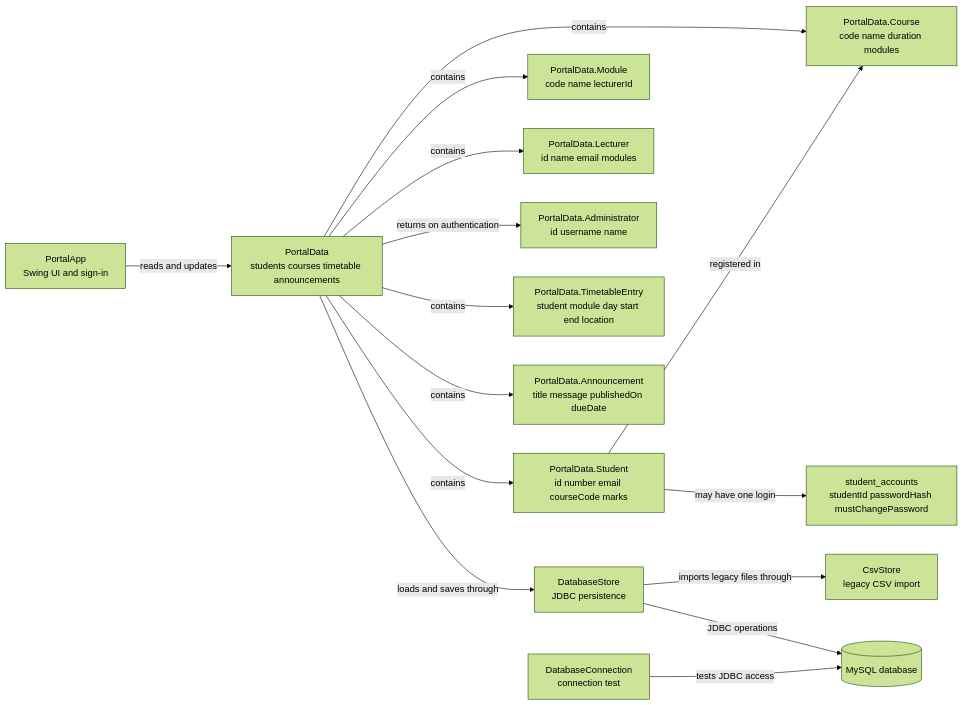
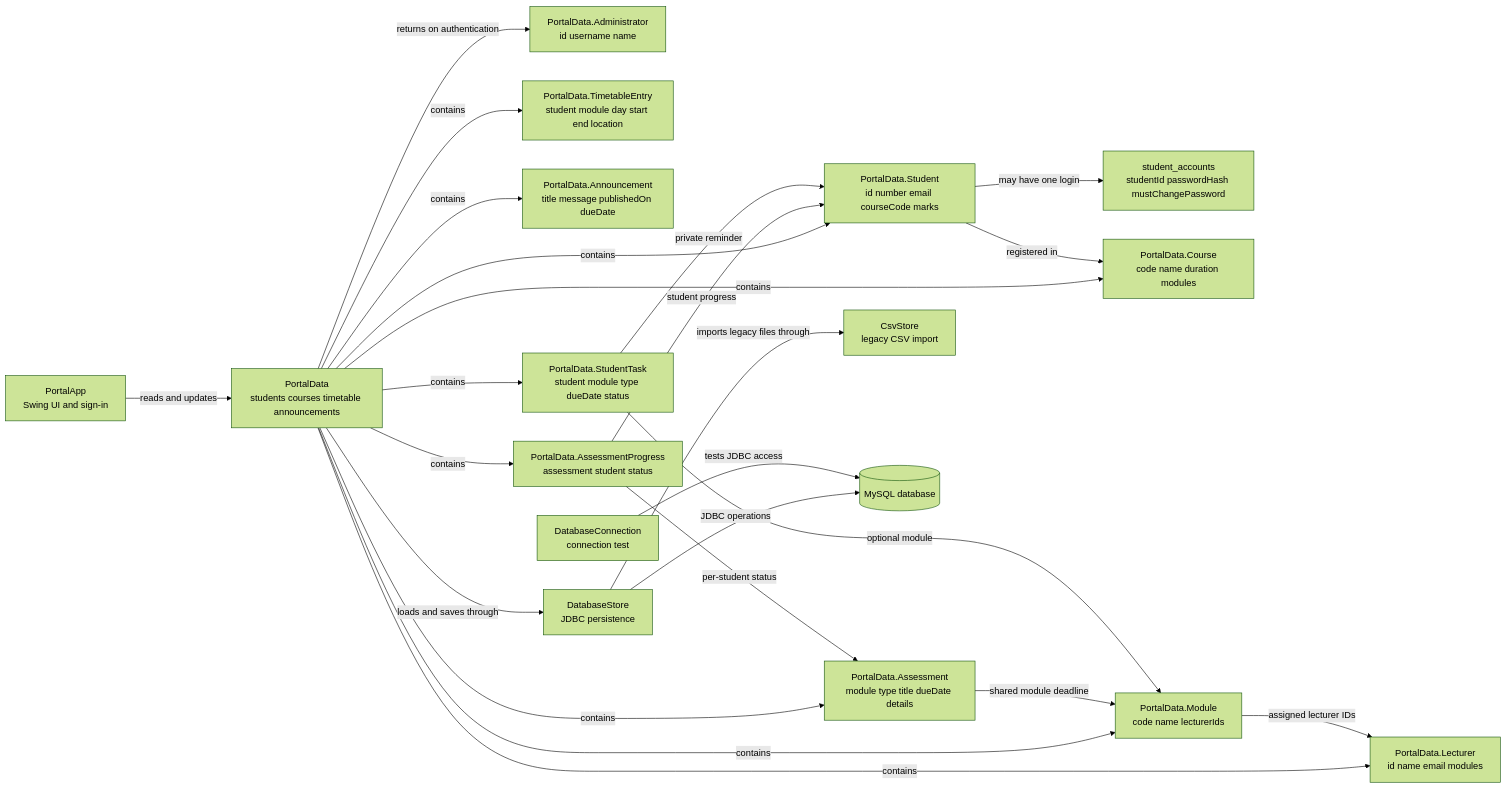
Before and after one commit to PrincesNomtee/student-portal: the second of 2 diagrams in docs/PROJECT_DOCUMENTATION.md, drawn with Mermaid (forest theme). The commit also changed other lines of this file and 5 other files, not shown here.

````diff
--- a/docs/PROJECT_DOCUMENTATION.md
+++ b/docs/PROJECT_DOCUMENTATION.md
@@ -207,32 +243,44 @@
 ```mermaid
 flowchart LR
     PortalApp["PortalApp<br/>Swing UI and sign-in"]
     PortalData["PortalData<br/>students courses timetable announcements"]
     Student["PortalData.Student<br/>id number email courseCode marks"]
     StudentAccount["student_accounts<br/>studentId passwordHash mustChangePassword"]
     Course["PortalData.Course<br/>code name duration modules"]
-    Module["PortalData.Module<br/>code name lecturerId"]
+    Module["PortalData.Module<br/>code name lecturerIds"]
     Lecturer["PortalData.Lecturer<br/>id name email modules"]
     Administrator["PortalData.Administrator<br/>id username name"]
     TimetableEntry["PortalData.TimetableEntry<br/>student module day start end location"]
     Announcement["PortalData.Announcement<br/>title message publishedOn dueDate"]
+    Assessment["PortalData.Assessment<br/>module type title dueDate details"]
+    AssessmentProgress["PortalData.AssessmentProgress<br/>assessment student status"]
+    StudentTask["PortalData.StudentTask<br/>student module type dueDate status"]
     DatabaseStore["DatabaseStore<br/>JDBC persistence"]
     CsvStore["CsvStore<br/>legacy CSV import"]
     DatabaseConnection["DatabaseConnection<br/>connection test"]
     MySQL[("MySQL database")]
 
     PortalApp -->|"reads and updates"| PortalData
     PortalData -->|"contains"| Student
     PortalData -->|"contains"| Course
     PortalData -->|"contains"| Module
     PortalData -->|"contains"| Lecturer
     PortalData -->|"contains"| TimetableEntry
     PortalData -->|"contains"| Announcement
+    PortalData -->|"contains"| Assessment
+    PortalData -->|"contains"| AssessmentProgress
+    PortalData -->|"contains"| StudentTask
     PortalData -->|"returns on authentication"| Administrator
     Student -->|"registered in"| Course
     Student -->|"may have one login"| StudentAccount
+    Assessment -->|"shared module deadline"| Module
+    AssessmentProgress -->|"per-student status"| Assessment
+    AssessmentProgress -->|"student progress"| Student
+    StudentTask -->|"private reminder"| Student
+    StudentTask -->|"optional module"| Module
+    Module -->|"assigned lecturer IDs"| Lecturer
     PortalData -->|"loads and saves through"| DatabaseStore
     DatabaseStore -->|"imports legacy files through"| CsvStore
     DatabaseStore -->|"JDBC operations"| MySQL
     DatabaseConnection -->|"tests JDBC access"| MySQL
 ```
````
